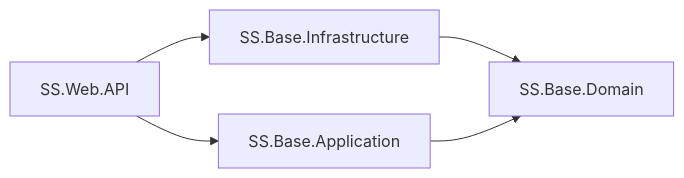
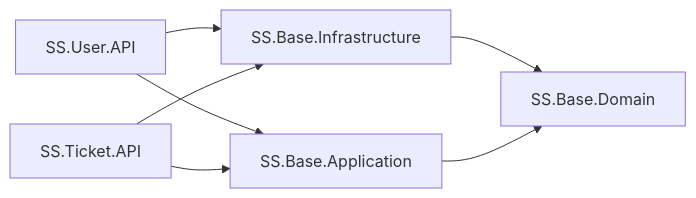
The second of 2 diagrams in SupportSystemManagement/SupportSystem/ARCHITECTURE.md (narendransekar7/Support), drawn with Mermaid before and after one commit. The commit also changed other lines of this file and 73 other files, not shown here.

````diff
--- a/SupportSystemManagement/SupportSystem/ARCHITECTURE.md
+++ b/SupportSystemManagement/SupportSystem/ARCHITECTURE.md
@@ -55,7 +71,9 @@
 ```mermaid
 flowchart LR
     Infra[SS.Base.Infrastructure] --> Domain[SS.Base.Domain]
     App[SS.Base.Application] --> Domain
-    WebAPI[SS.Web.API] --> App
-    WebAPI --> Infra
+    UserAPI[SS.User.API] --> App
+    UserAPI --> Infra
+    TicketAPI[SS.Ticket.API] --> App
+    TicketAPI --> Infra
 ```
````
